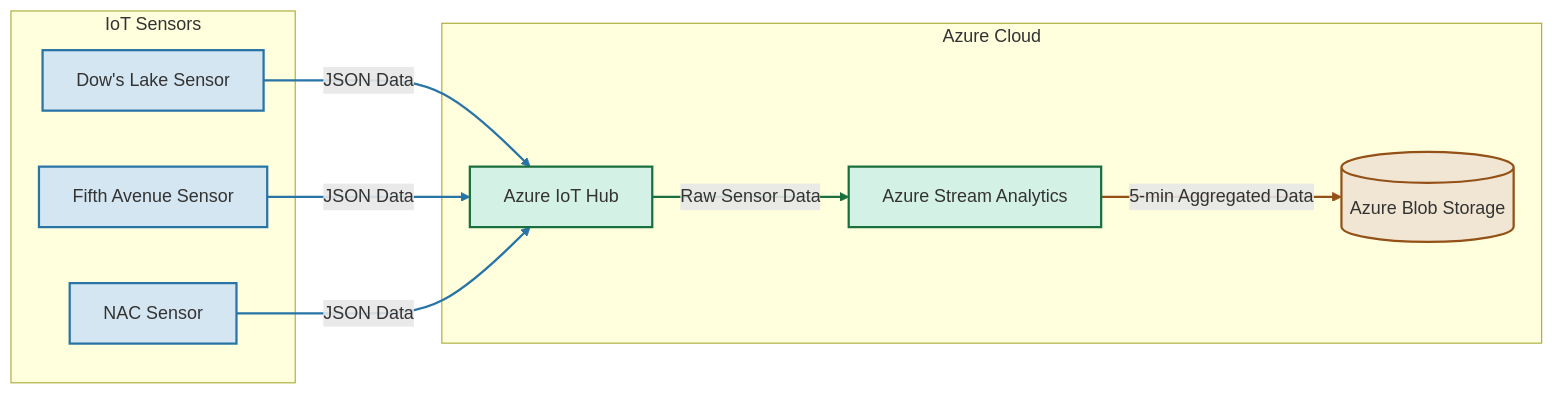
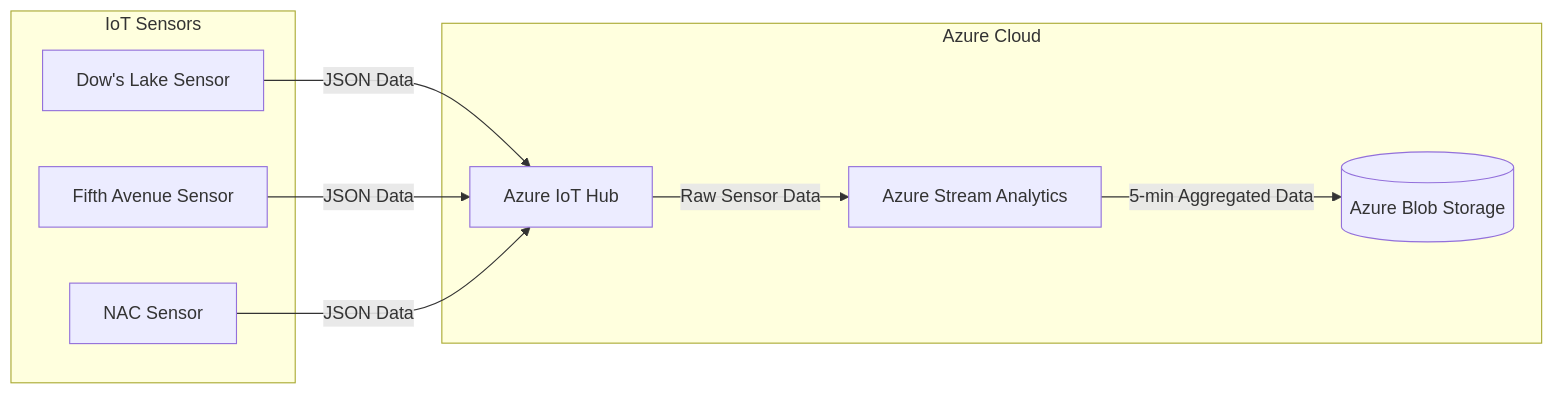
Before and after one commit to princefelix-23/IoT-Sensor-Monitoring: the diagram in README.md, drawn with Mermaid.

Commit message:
Remove diagram styling

````diff
--- a/README.md
+++ b/README.md
@@ -3,39 +3,25 @@
 ```mermaid
 graph LR
     subgraph "IoT Sensors"
         S1[Dow's Lake Sensor]
         S2[Fifth Avenue Sensor]
         S3[NAC Sensor]
     end
 
     subgraph "Azure Cloud"
         IH[Azure IoT Hub]
         ASA[Azure Stream Analytics]
         BS[(Azure Blob Storage)]
     end
 
     %% Sensor data flow to IoT Hub
     S1 -->|JSON Data| IH
     S2 -->|JSON Data| IH
     S3 -->|JSON Data| IH
 
     %% IoT Hub to Stream Analytics
     IH -->|Raw Sensor Data| ASA
 
     %% Stream Analytics processing and storage
     ASA -->|5-min Aggregated Data| BS
-
-    %% Add styling
-    classDef sensor fill:#D4E6F1,stroke:#2874A6,stroke-width:2px
-    classDef azure fill:#D4F1E6,stroke:#196F3D,stroke-width:2px
-    classDef storage fill:#F1E6D4,stroke:#935116,stroke-width:2px
-
-    class S1,S2,S3 sensor
-    class IH,ASA azure
-    class BS storage
-
-    %% Add labels for data types with darker colors
-    linkStyle 0,1,2 stroke:#2874A6,stroke-width:2px
-    linkStyle 3 stroke:#196F3D,stroke-width:2px
-    linkStyle 4 stroke:#935116,stroke-width:2px
 ```
````
